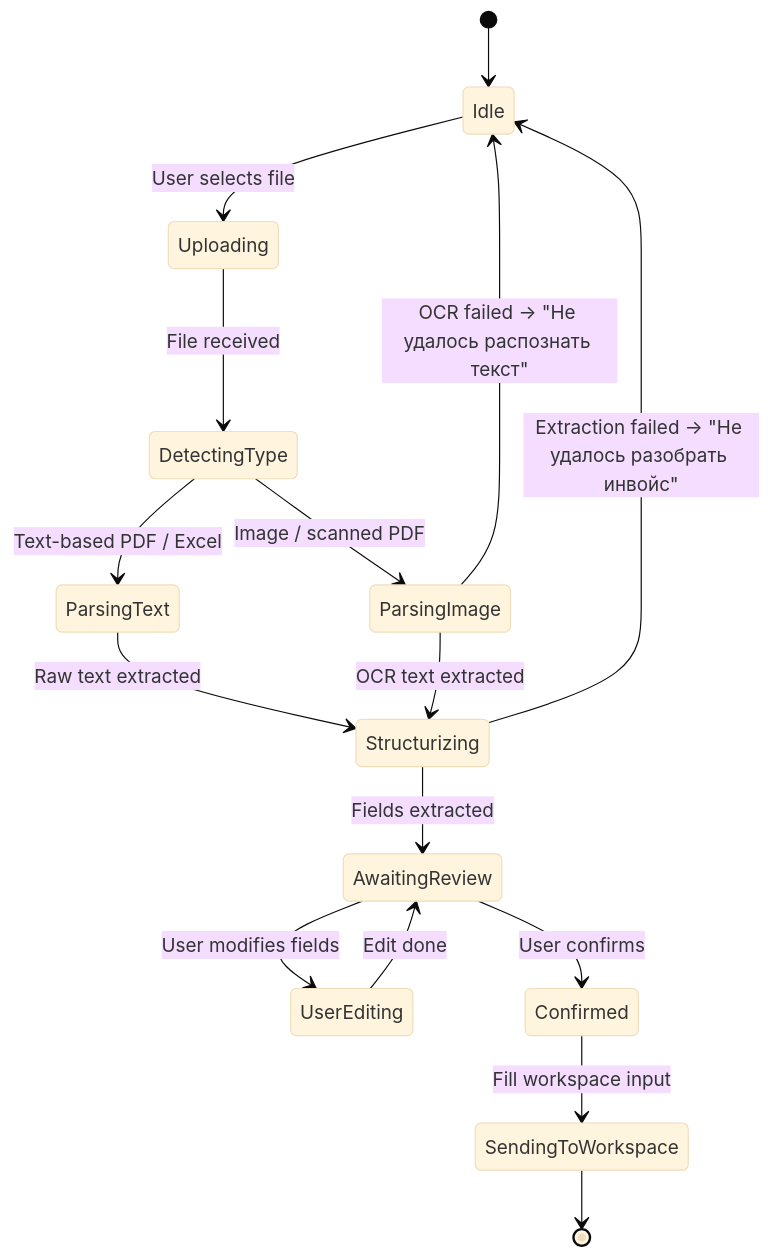
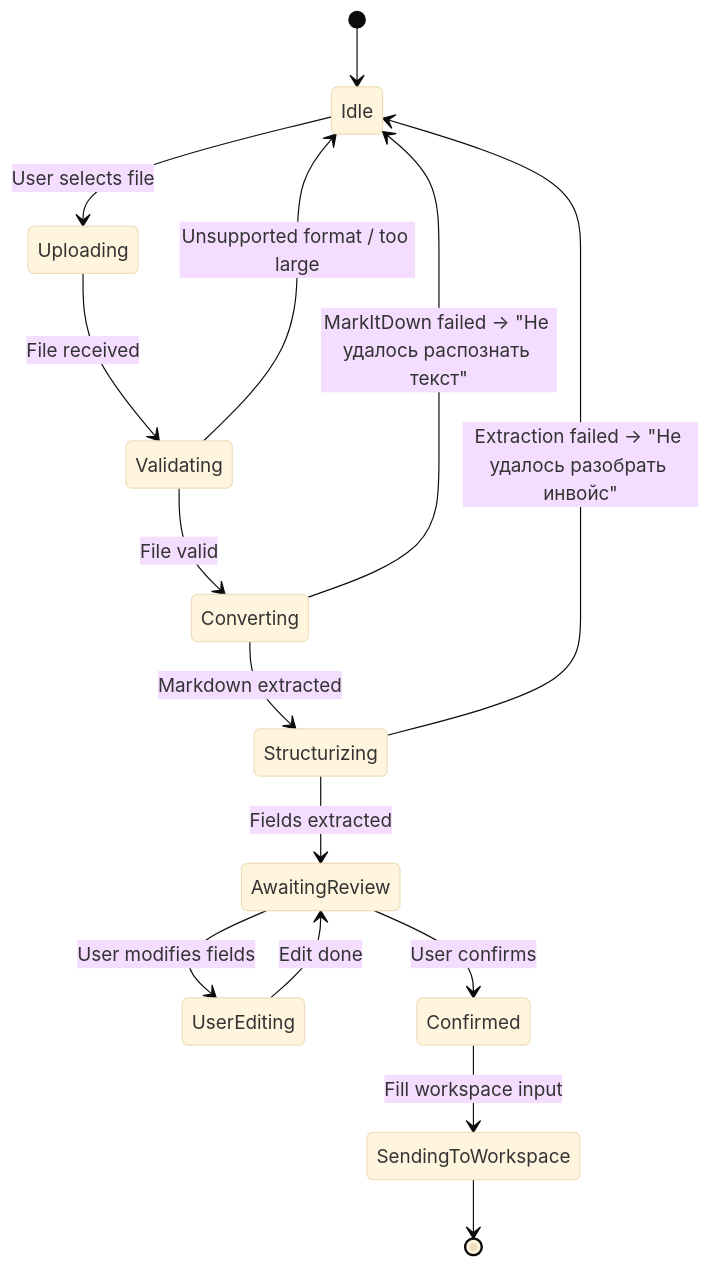
The second of 3 diagrams in flows/integrations/document_parsing_flow.md (Laurentzius/smartkeden), drawn with Mermaid (base theme) before and after one commit. The commit also changed other lines of this file and 23 other files, not shown here.

````diff
--- a/flows/integrations/document_parsing_flow.md
+++ b/flows/integrations/document_parsing_flow.md
@@ -84,23 +77,23 @@
 ```mermaid
 stateDiagram-v2
   [*] --> Idle
 
   Idle --> Uploading: User selects file
-  Uploading --> DetectingType: File received
-  DetectingType --> ParsingText: Text-based PDF / Excel
-  DetectingType --> ParsingImage: Image / scanned PDF
+  Uploading --> Validating: File received
+  Validating --> Idle: Unsupported format / too large
 
-  ParsingText --> Structurizing: Raw text extracted
-  ParsingImage --> Structurizing: OCR text extracted
-  ParsingImage --> Idle: OCR failed → "Не удалось распознать текст"
+  Validating --> Converting: File valid
+  Converting --> Structurizing: Markdown extracted
+
+  Converting --> Idle: MarkItDown failed → "Не удалось распознать текст"
 
   Structurizing --> AwaitingReview: Fields extracted
   Structurizing --> Idle: Extraction failed → "Не удалось разобрать инвойс"
 
   AwaitingReview --> UserEditing: User modifies fields
   UserEditing --> AwaitingReview: Edit done
   AwaitingReview --> Confirmed: User confirms
 
   Confirmed --> SendingToWorkspace: Fill workspace input
   SendingToWorkspace --> [*]
 ```
````
